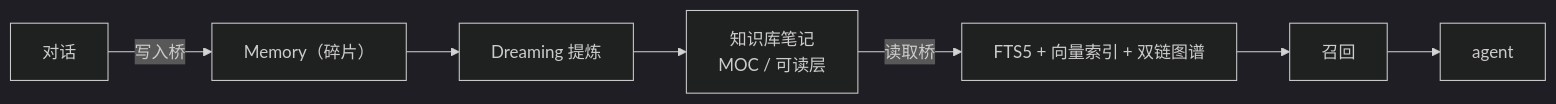
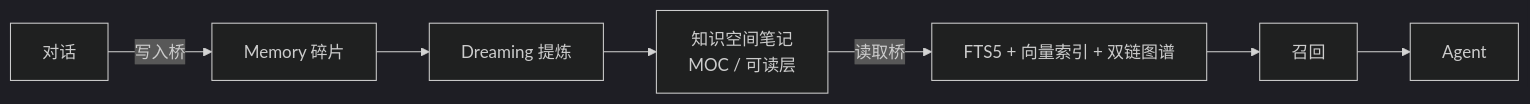
One commit to shiwenwen/hope-agent changed the first of 6 diagrams in docs/architecture/knowledge-base.md. Above: the diagram before and after it, drawn with Mermaid (dark theme). The commit also changed other lines of this file and 11 other files, not shown here.

````diff
--- a/docs/architecture/knowledge-base.md
+++ b/docs/architecture/knowledge-base.md
@@ -36,9 +36,9 @@
 ```mermaid
 flowchart LR
-    CHAT["对话"] -->|"写入桥"| MEM["Memory（碎片）"]
+    CHAT["对话"] -->|写入桥| MEM["Memory 碎片"]
     MEM --> DREAM["Dreaming 提炼"]
-    DREAM --> NOTE["知识库笔记<br/>MOC / 可读层"]
-    NOTE -->|"读取桥"| IDX["FTS5 + 向量索引 + 双链图谱"]
+    DREAM --> NOTE["知识空间笔记<br/>MOC / 可读层"]
+    NOTE -->|读取桥| IDX["FTS5 + 向量索引 + 双链图谱"]
     IDX --> RECALL["召回"]
-    RECALL --> AGENT["agent"]
+    RECALL --> AGENT["Agent"]
 ```
````
